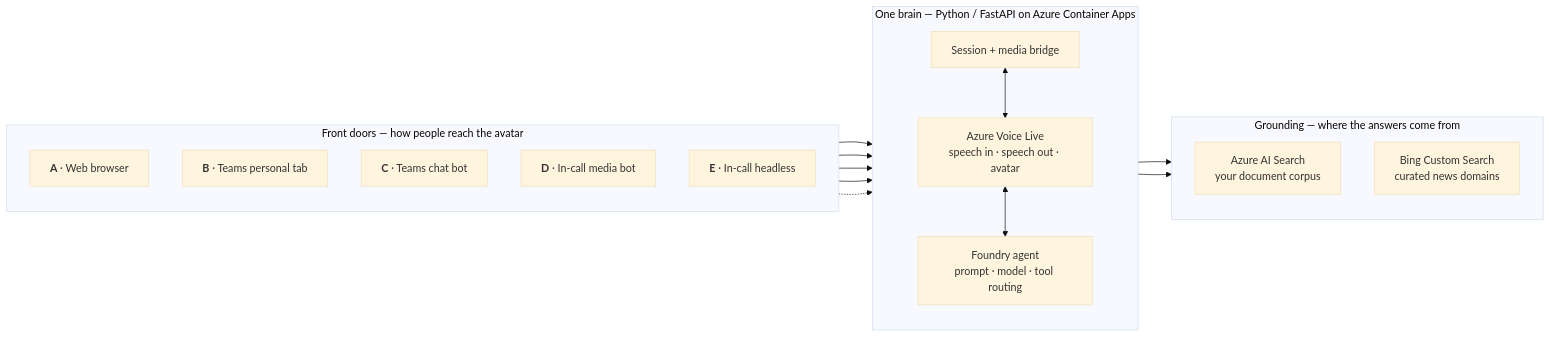
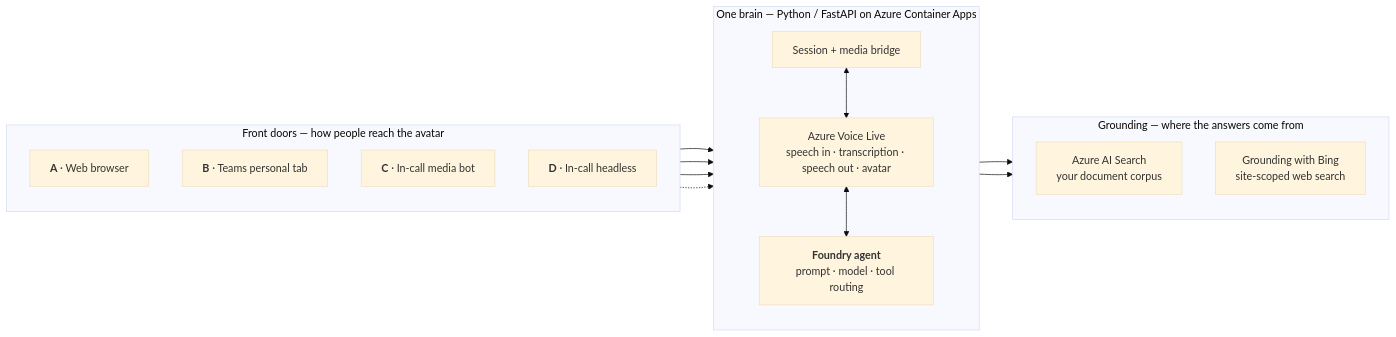
One commit to SridharArrabelly/avatar-forge changed the first of 2 diagrams in README.md. Above: the diagram before and after it, drawn with Mermaid (base theme). The commit also changed other lines of this file and 65 other files, not shown here.

First line of the commit message:
Add model mode as a second Voice Live binding, retire the text-only Teams surface, and fix the docs that drifted (#80)

````diff
--- a/README.md
+++ b/README.md
@@ -15,34 +33,32 @@
 ```mermaid
 flowchart LR
     subgraph Doors["Front doors — how people reach the avatar"]
         direction TB
         A["<b>A</b> · Web browser"]
         B["<b>B</b> · Teams personal tab"]
-        C["<b>C</b> · Teams chat bot"]
-        D["<b>D</b> · In-call media bot"]
-        E["<b>E</b> · In-call headless"]
+        C["<b>C</b> · In-call media bot"]
+        D["<b>D</b> · In-call headless"]
     end
 
     subgraph Brain["One brain — Python / FastAPI on Azure Container Apps"]
         direction TB
         API["Session + media bridge"]
-        VL["Azure Voice Live<br/>speech in · speech out · avatar"]
-        AG["Foundry agent<br/>prompt · model · tool routing"]
+        VL["Azure Voice Live<br/>speech in · transcription · speech out · avatar"]
+        AG["<b>Foundry agent</b><br/>prompt · model · tool routing"]
         API <--> VL
         VL <--> AG
     end
 
     subgraph Ground["Grounding — where the answers come from"]
         direction TB
         S["Azure AI Search<br/>your document corpus"]
-        N["Bing Custom Search<br/>curated news domains"]
+        N["Grounding with Bing<br/>site-scoped web search"]
     end
 
     A --> API
     B --> API
     C --> API
-    D --> API
-    E -.-> API
+    D -.-> API
     AG --> S
     AG --> N
 ```
````
